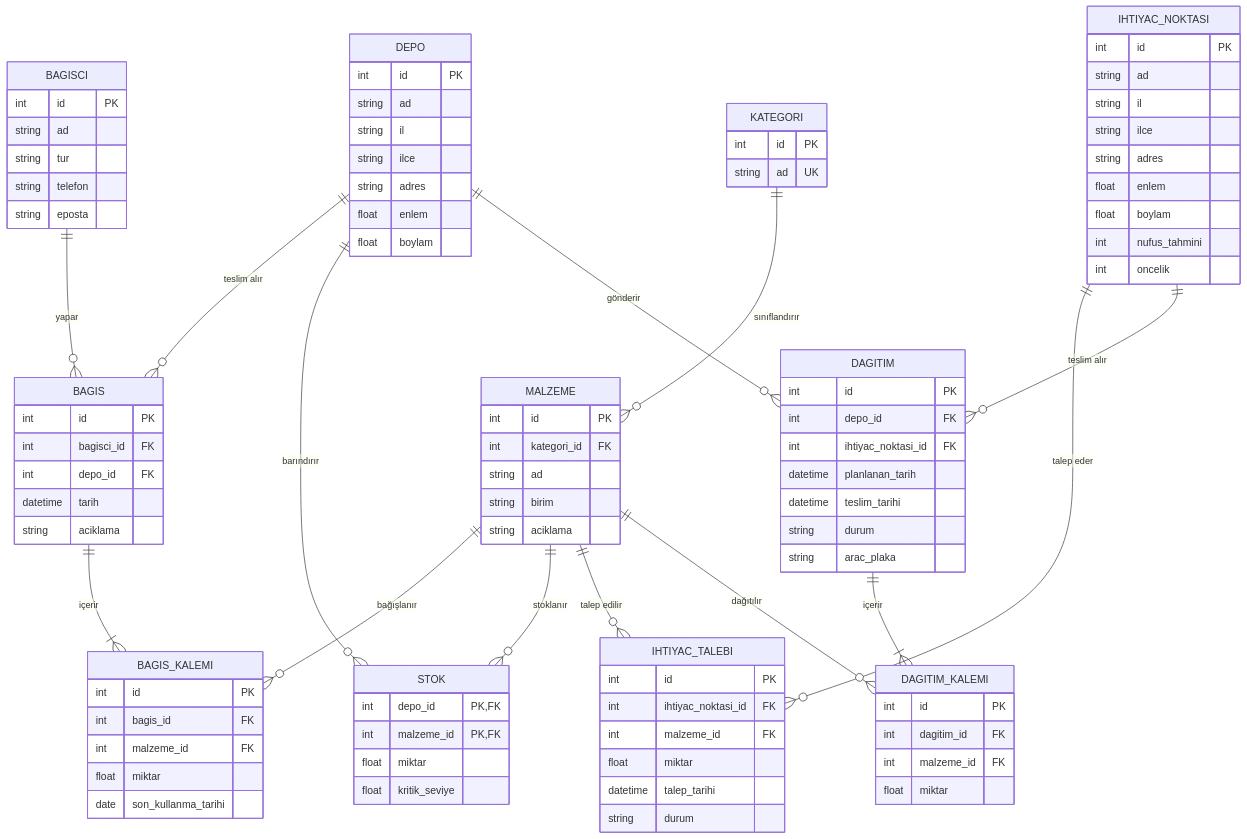
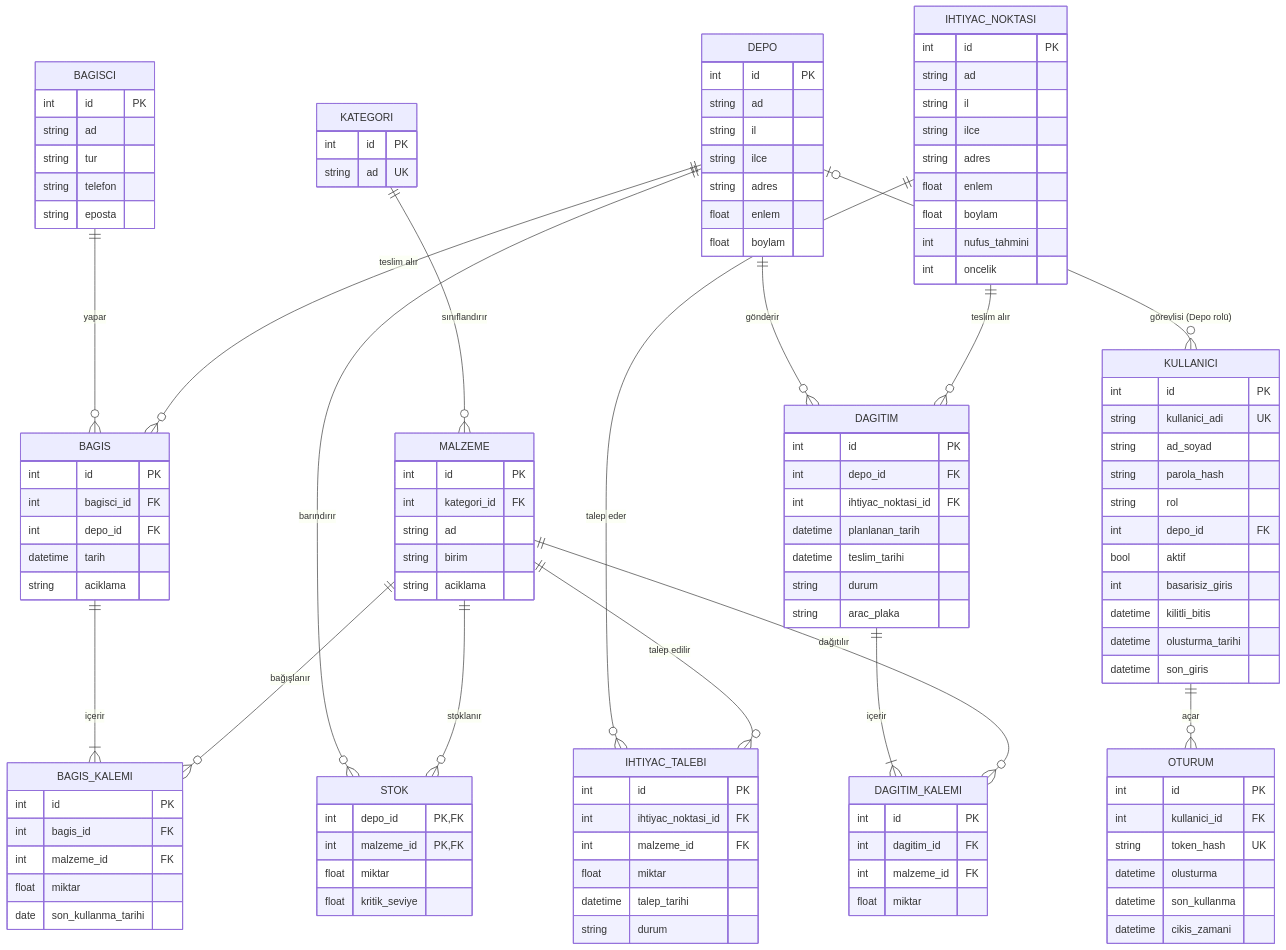
Before and after one commit to katkat12ihsan/Afet-Yardim-Malzemesi-Lojistik-ve-Dagitim: the diagram in docs/ER-Diyagrami.md, drawn with Mermaid. The commit also changed other lines of this file and 14 other files, not shown here.

```diff
--- a/docs/ER-Diyagrami.md
+++ b/docs/ER-Diyagrami.md
@@ -16,6 +16,8 @@
     DEPO     ||--o{ DAGITIM : "gönderir"
     IHTIYAC_NOKTASI ||--o{ DAGITIM : "teslim alır"
     DAGITIM  ||--|{ DAGITIM_KALEMI : "içerir"
+    DEPO     |o--o{ KULLANICI : "görevlisi (Depo rolü)"
+    KULLANICI ||--o{ OTURUM : "açar"
     MALZEME  ||--o{ DAGITIM_KALEMI : "dağıtılır"
 
     KATEGORI {
@@ -93,6 +95,27 @@
         string durum
         string arac_plaka
     }
+    KULLANICI {
+        int id PK
+        string kullanici_adi UK
+        string ad_soyad
+        string parola_hash
+        string rol
+        int depo_id FK
+        bool aktif
+        int basarisiz_giris
+        datetime kilitli_bitis
+        datetime olusturma_tarihi
+        datetime son_giris
+    }
+    OTURUM {
+        int id PK
+        int kullanici_id FK
+        string token_hash UK
+        datetime olusturma
+        datetime son_kullanma
+        datetime cikis_zamani
+    }
     DAGITIM_KALEMI {
         int id PK
         int dagitim_id FK
```
